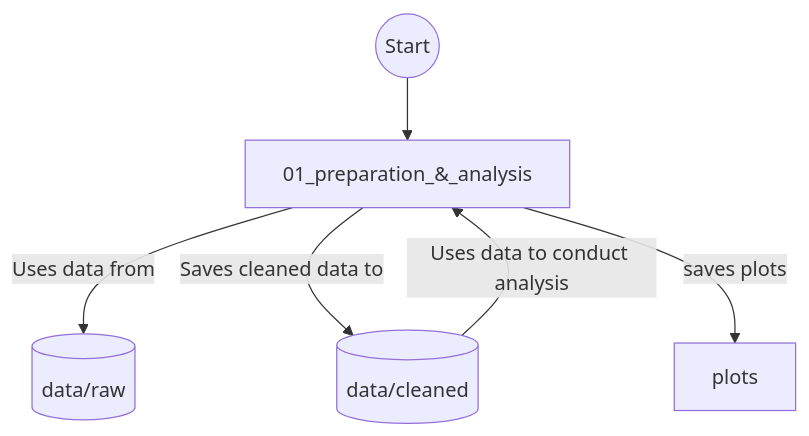
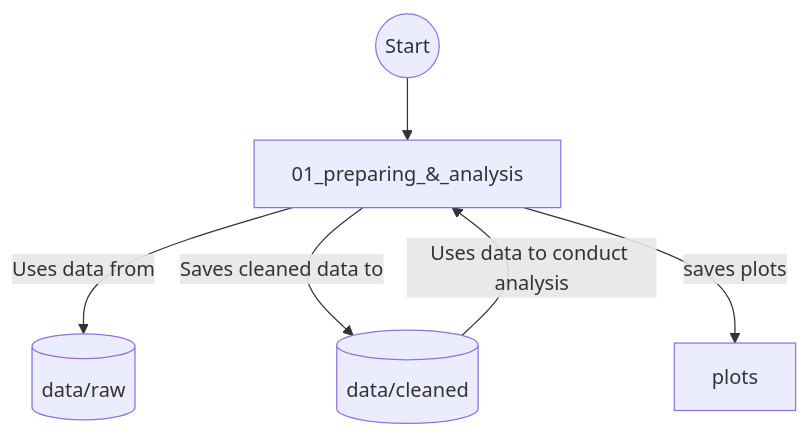
The diagram in README.md (TAD600/Trading_Pollution), drawn with Mermaid before and after one commit. The commit also changed 64 other files, not shown here.

````diff
--- a/README.md
+++ b/README.md
@@ -6,8 +6,8 @@
 ```mermaid
 flowchart TD
-    A((Start)) --> B[01_preparation_&_analysis]
+    A((Start)) --> B[01_preparing_&_analysis]
     B -->|Uses data from| C[(data/raw)]
     B -->|Saves cleaned data to| D[(data/cleaned)]
-    D --> |Uses data to conduct analysis| B[01_preparation_&_analysis]
+    D --> |Uses data to conduct analysis| B[01_preparing_&_analysis]
     B -->|saves plots|E[plots]
 ```
````
